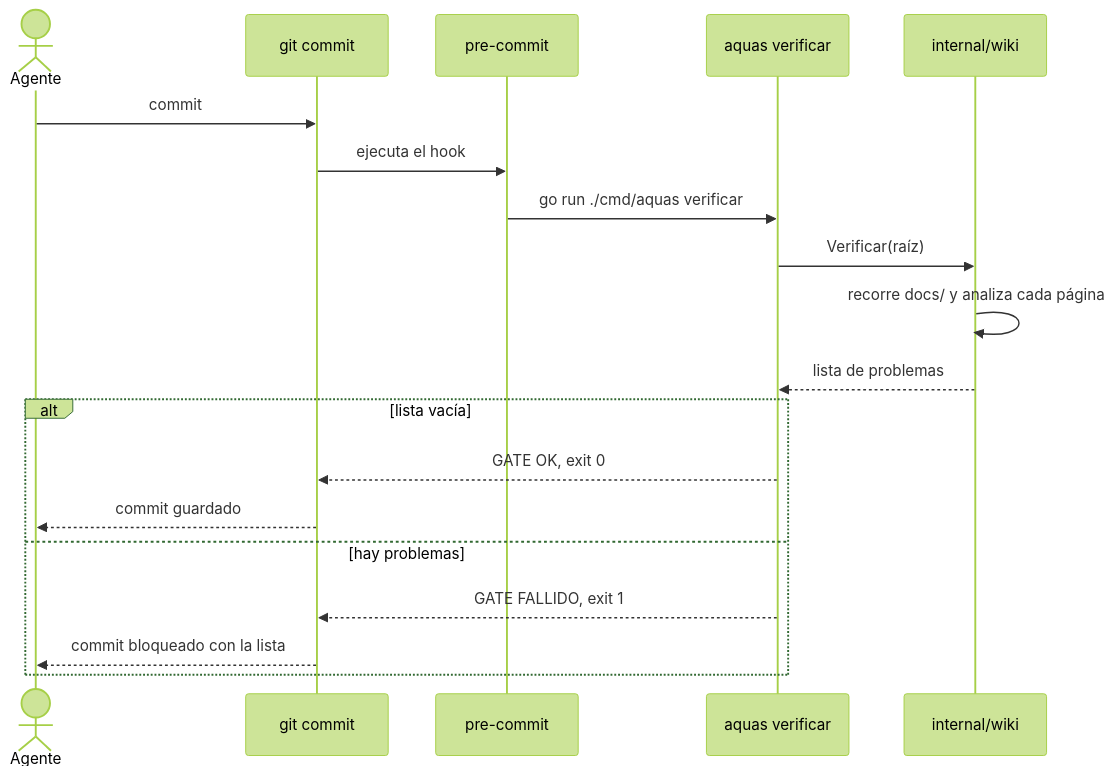
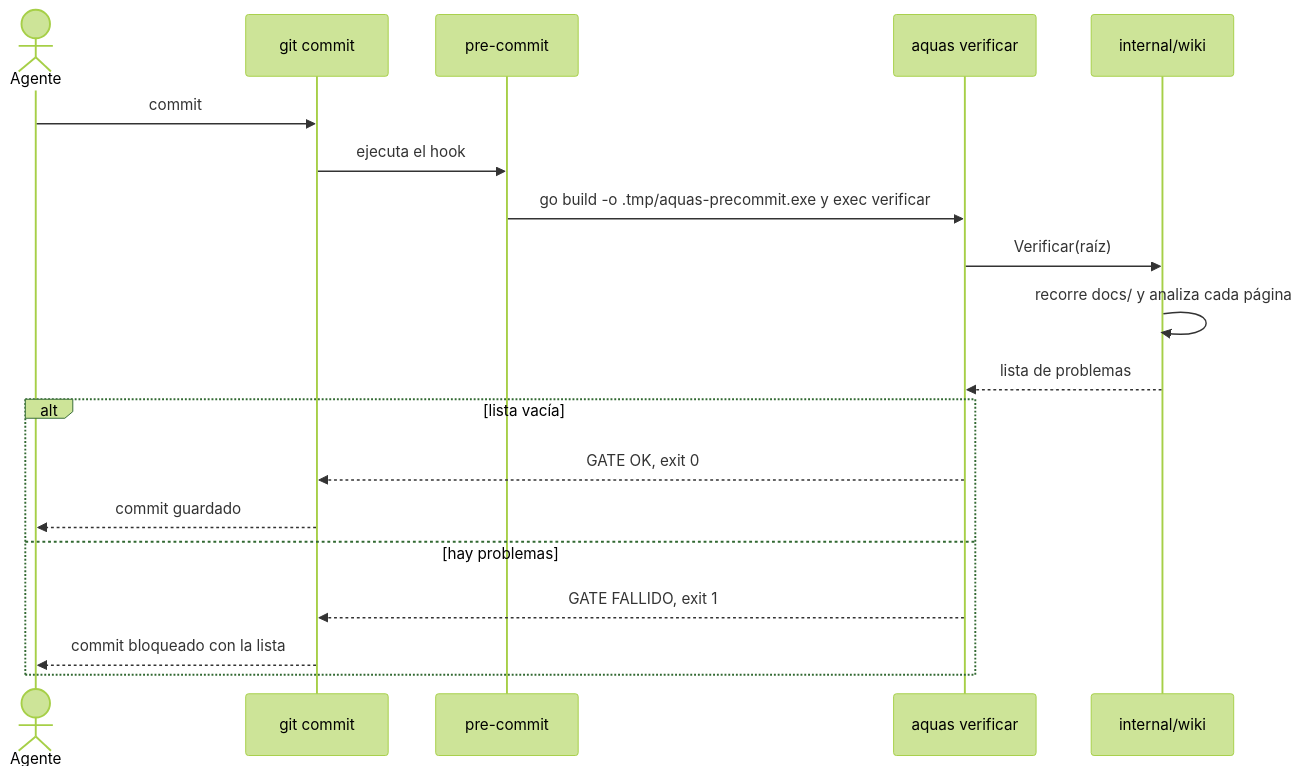
One commit to jliberal-aquas/aquas-central-harness-government changed the first of 3 diagrams in docs/E001/F001/S001.md. Above: the diagram before and after it, drawn with Mermaid (forest theme). The commit also changed other lines of this file and 23 other files, not shown here.

First line of the commit message:
Instrucciones para verificar sin go run (D000034, E000/F006/S010)

````diff
--- a/docs/E001/F001/S001.md
+++ b/docs/E001/F001/S001.md
@@ -41,21 +41,21 @@
 ```mermaid
 sequenceDiagram
     actor A as Agente
     participant Git as git commit
     participant PC as pre-commit
     participant V as aquas verificar
     participant W as internal/wiki
     A->>Git: commit
     Git->>PC: ejecuta el hook
-    PC->>V: go run ./cmd/aquas verificar
+    PC->>V: go build -o .tmp/aquas-precommit.exe y exec verificar
     V->>W: Verificar(raíz)
     W->>W: recorre docs/ y analiza cada página
     W-->>V: lista de problemas
     alt lista vacía
         V-->>Git: GATE OK, exit 0
         Git-->>A: commit guardado
     else hay problemas
         V-->>Git: GATE FALLIDO, exit 1
         Git-->>A: commit bloqueado con la lista
     end
 ```
````
